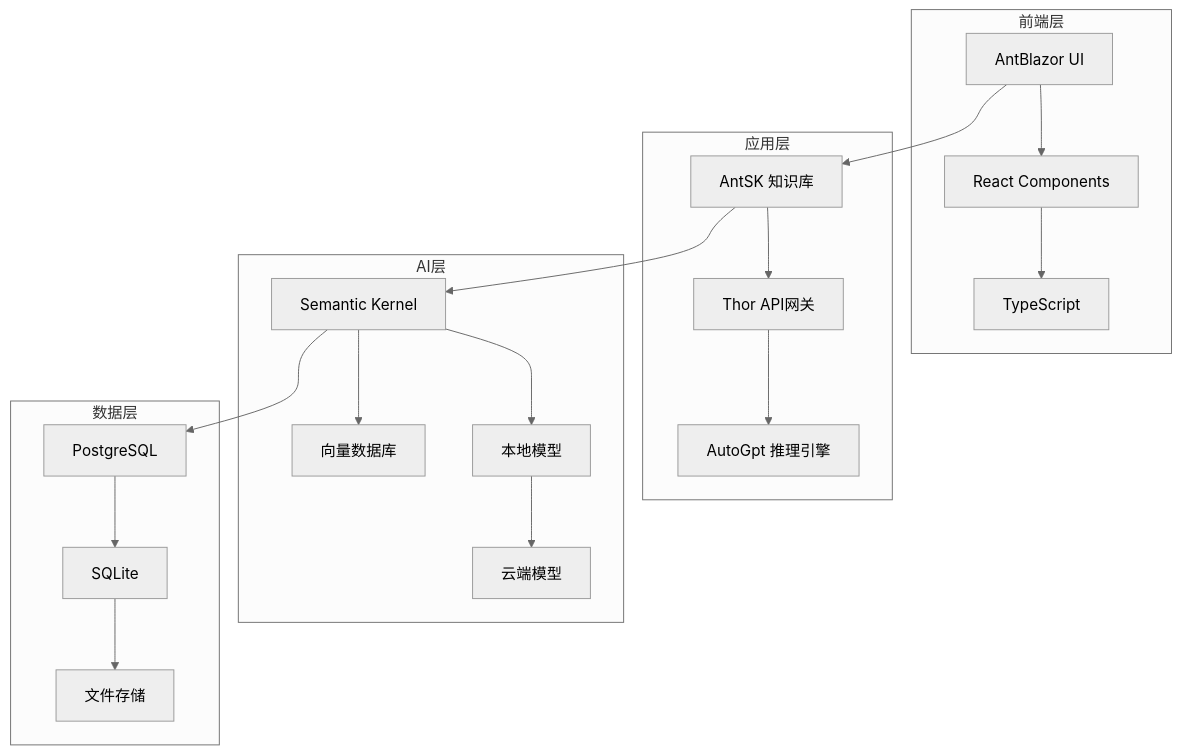
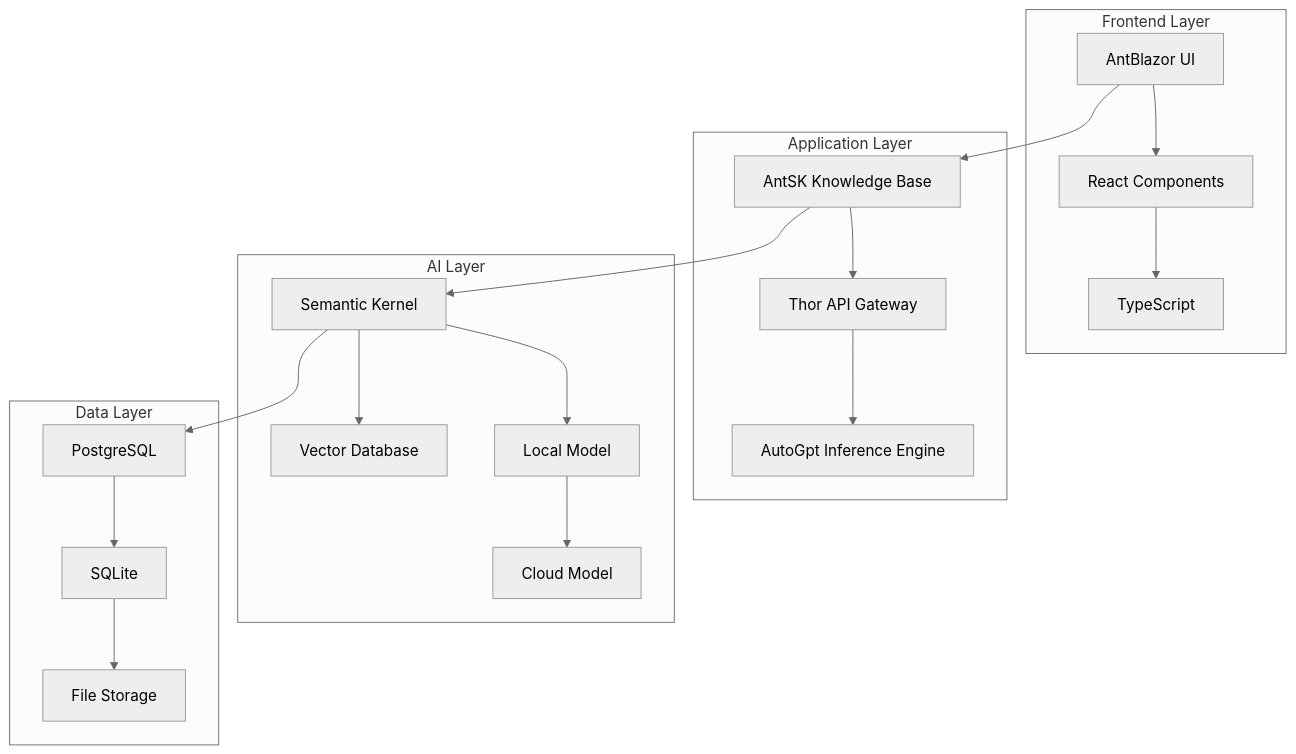
One commit to AIDotNet/.github changed the first of 2 diagrams in profile/README.md. Above: the diagram before and after it, drawn with Mermaid (neutral theme). The commit also changed other lines of this file, not shown here.

````diff
--- a/profile/README.md
+++ b/profile/README.md
@@ -57,27 +57,27 @@
 ```mermaid
 graph TB
-    subgraph "前端层"
+    subgraph "Frontend Layer"
         A[AntBlazor UI] --> B[React Components]
         B --> C[TypeScript]
     end
     
-    subgraph "应用层"
-        D[AntSK 知识库] --> E[Thor API网关]
-        E --> F[AutoGpt 推理引擎]
+    subgraph "Application Layer"
+        D[AntSK Knowledge Base] --> E[Thor API Gateway]
+        E --> F[AutoGpt Inference Engine]
     end
     
-    subgraph "AI层"
-        G[Semantic Kernel] --> H[本地模型]
-        H --> I[云端模型]
-        G --> J[向量数据库]
+    subgraph "AI Layer"
+        G[Semantic Kernel] --> H[Local Model]
+        H --> I[Cloud Model]
+        G --> J[Vector Database]
     end
     
-    subgraph "数据层"
+    subgraph "Data Layer"
         K[PostgreSQL] --> L[SQLite]
-        L --> M[文件存储]
+        L --> M[File Storage]
     end
     
     A --> D
     D --> G
     G --> K
 ```
````
